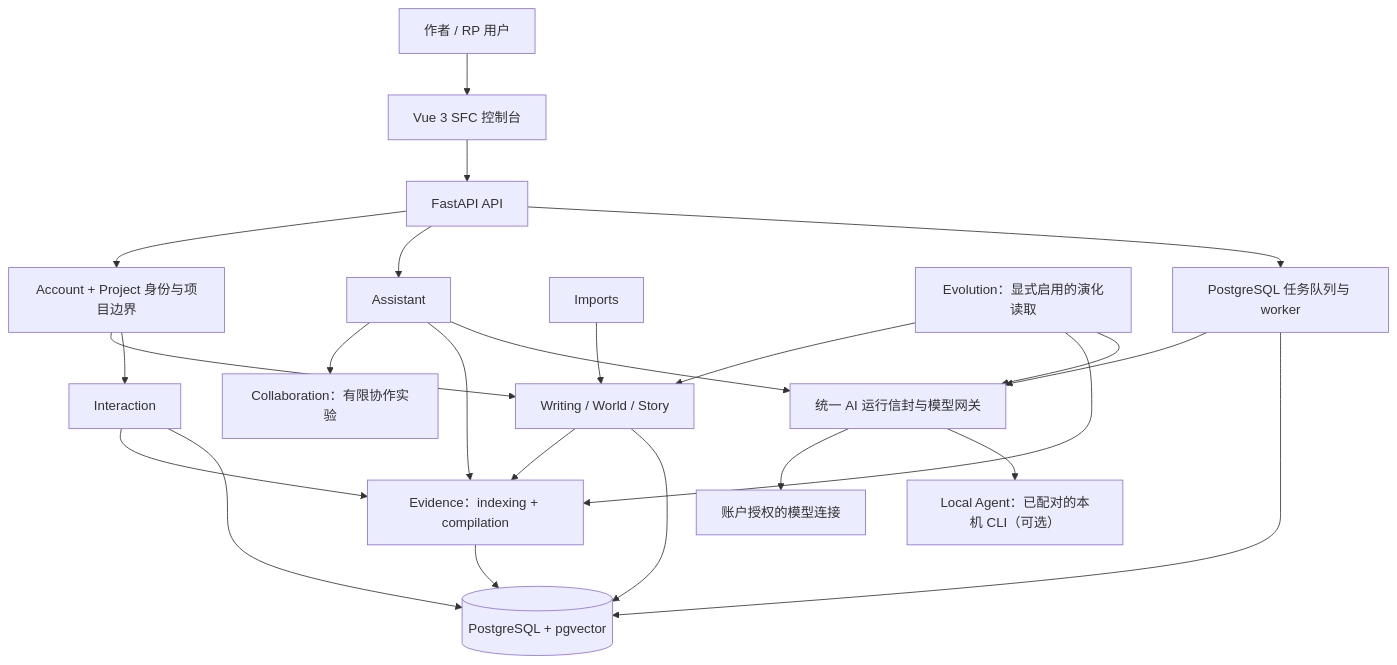
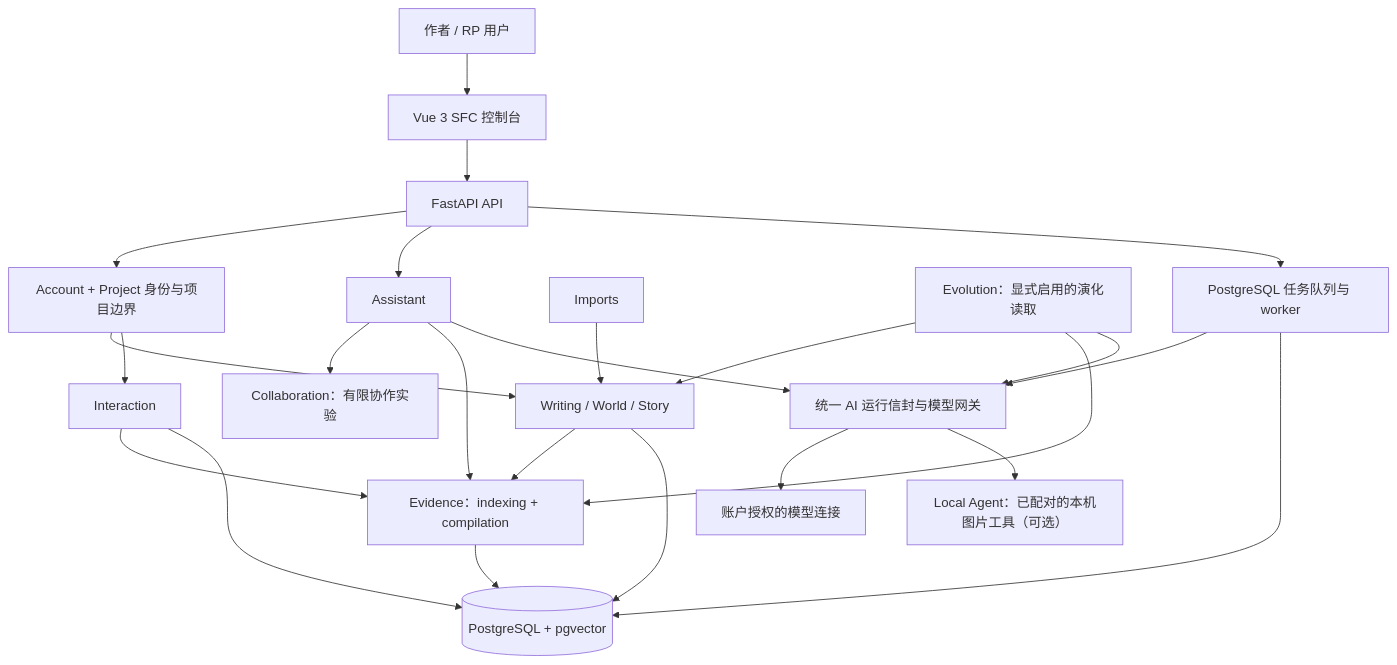
The second of 2 diagrams in README.md (FengHuoLinShan/ai-writing-assist), drawn with Mermaid before and after one commit. The commit also changed other lines of this file and 85 other files, not shown here.

````diff
--- a/README.md
+++ b/README.md
@@ -86,26 +86,26 @@
 ```mermaid
 flowchart TB
   U[作者 / RP 用户] --> FE[Vue 3 SFC 控制台]
   FE --> API[FastAPI API]
   API --> ID[Account + Project 身份与项目边界]
   ID --> W[Writing / World / Story]
   ID --> RP[Interaction]
   API --> AS[Assistant]
   AS --> CO[Collaboration：有限协作实验]
   AS --> EV[Evidence：indexing + compilation]
   W --> EV
   RP --> EV
   IM[Imports] --> W
   EO[Evolution：显式启用的演化读取] --> W
   EO --> EV
   API --> Q[PostgreSQL 任务队列与 worker]
   Q --> RUN[统一 AI 运行信封与模型网关]
   AS --> RUN
   EO --> RUN
   RUN --> LLM[账户授权的模型连接]
-  RUN --> LA[Local Agent：已配对的本机 CLI（可选）]
+  RUN --> LA[Local Agent：已配对的本机图片工具（可选）]
   W --> DB[(PostgreSQL + pgvector)]
   RP --> DB
   EV --> DB
   Q --> DB
 ```
````
